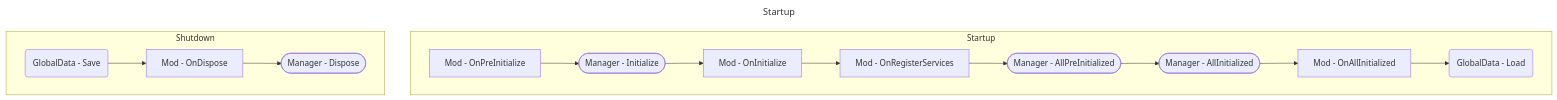
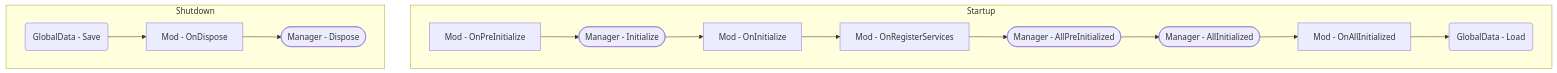
One commit to BrandenEK/Blasphemous.ModdingAPI changed the diagram in docs/development/execution.md. Above: the diagram before and after it, drawn with Mermaid. The commit also changed other lines of this file, not shown here.

````diff
--- a/docs/development/execution.md
+++ b/docs/development/execution.md
@@ -7,31 +7,28 @@
 ```mermaid
----
-title: Startup
----
-graph TD
+flowchart TD
     A[Mod - OnPreInitialize]
     B([Manager - Initialize])
     C[Mod - OnInitialize]
     D[Mod - OnRegisterServices]
     E([Manager - AllPreInitialized])
     F([Manager - AllInitialized])
     G[Mod - OnAllInitialized]
     H(GlobalData - Load)
     X(GlobalData - Save)
     Y[Mod - OnDispose]
     Z([Manager - Dispose])
 
     subgraph Startup
     A-->B
     B-->C
     C-->D
     D-->E
     E-->F
     F-->G
     G-->H
     end
     subgraph Shutdown
     X-->Y
     Y-->Z
     end
 ```
````
